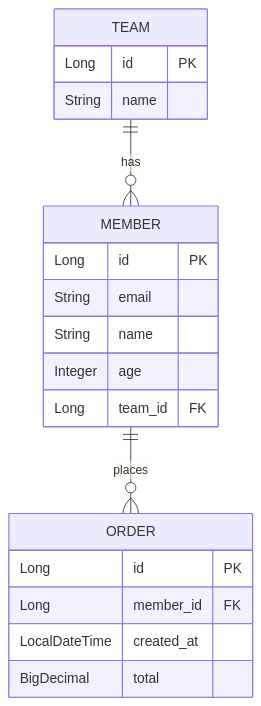
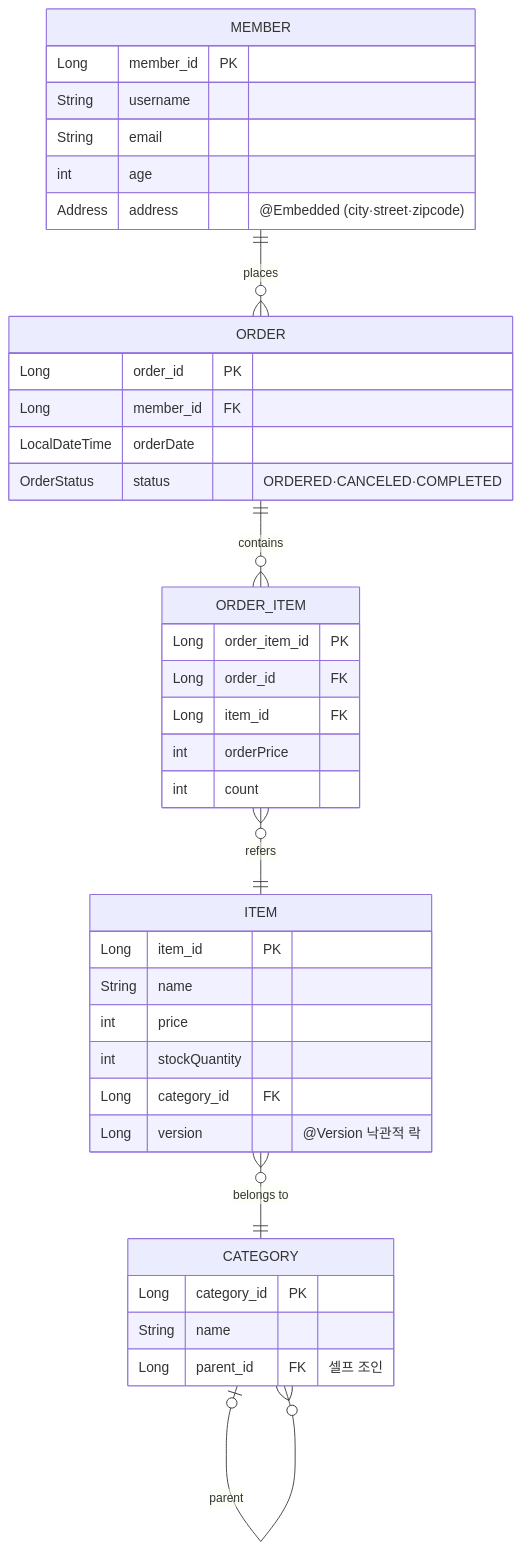
The first of 3 diagrams in write/05_data/querydsl/01-02.프로젝트 셋업 (Gradle 6.12).md (scofe97/StduyWrite), drawn with Mermaid before and after one commit. The commit also changed other lines of this file and 2 other files, not shown here.

````diff
--- a/write/05_data/querydsl/01-02.프로젝트 셋업 (Gradle 6.12).md
+++ b/write/05_data/querydsl/01-02.프로젝트 셋업 (Gradle 6.12).md
@@ -31,23 +31,42 @@
 ```mermaid
 erDiagram
-    TEAM ||--o{ MEMBER : "has"
     MEMBER ||--o{ ORDER : "places"
+    ORDER ||--o{ ORDER_ITEM : "contains"
+    ORDER_ITEM }o--|| ITEM : "refers"
+    ITEM }o--|| CATEGORY : "belongs to"
+    CATEGORY |o--o{ CATEGORY : "parent"
 
-    TEAM {
-        Long id PK
-        String name
-    }
     MEMBER {
-        Long id PK
+        Long member_id PK
+        String username
         String email
-        String name
-        Integer age
-        Long team_id FK
+        int age
+        Address address "@Embedded (city·street·zipcode)"
     }
     ORDER {
-        Long id PK
+        Long order_id PK
         Long member_id FK
-        LocalDateTime created_at
-        BigDecimal total
+        LocalDateTime orderDate
+        OrderStatus status "ORDERED·CANCELED·COMPLETED"
+    }
+    ORDER_ITEM {
+        Long order_item_id PK
+        Long order_id FK
+        Long item_id FK
+        int orderPrice
+        int count
+    }
+    ITEM {
+        Long item_id PK
+        String name
+        int price
+        int stockQuantity
+        Long category_id FK
+        Long version "@Version 낙관적 락"
+    }
+    CATEGORY {
+        Long category_id PK
+        String name
+        Long parent_id FK "셀프 조인"
     }
 ```
````
